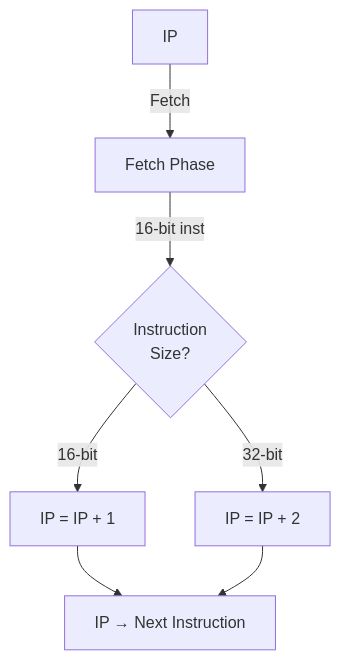
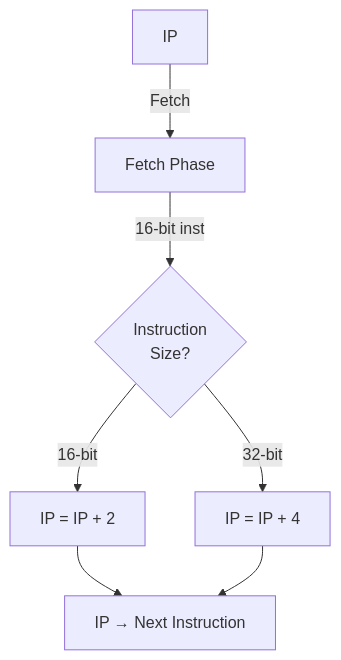
One commit to MinecAnton209/NovumOS-16bit changed the ninth of 13 diagrams in docs/en/architecture/execution-cycle.md. Above: the diagram before and after it, drawn with Mermaid. The commit also changed other lines of this file and 6 other files, not shown here.

````diff
--- a/docs/en/architecture/execution-cycle.md
+++ b/docs/en/architecture/execution-cycle.md
@@ -333,9 +333,9 @@
 ```mermaid
 graph TB
     IP["IP"] -->|"Fetch"| FETCH["Fetch Phase"]
     FETCH -->|"16-bit inst"| CHECK{"Instruction<br/>Size?"}
-    CHECK -->|"16-bit"| INC1["IP = IP + 1"]
-    CHECK -->|"32-bit"| INC2["IP = IP + 2"]
+    CHECK -->|"16-bit"| INC1["IP = IP + 2"]
+    CHECK -->|"32-bit"| INC2["IP = IP + 4"]
     INC1 --> NEXT["IP → Next Instruction"]
     INC2 --> NEXT
 ```
````
